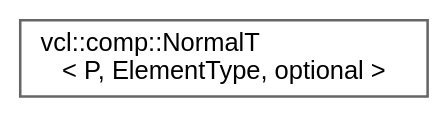
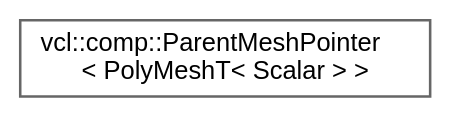
Before and after one commit to alemuntoni/alemuntoni.github.io: the diagram in static/vclib/inherit_graph_33.dot, drawn with Graphviz. The commit also changed 1482 other files, not shown here.

```diff
--- a/static/vclib/inherit_graph_33.dot
+++ b/static/vclib/inherit_graph_33.dot
@@ -1,9 +1,9 @@
 digraph "Graphical Class Hierarchy"
 {
  // LATEX_PDF_SIZE
   bgcolor="transparent";
   edge [fontname=Helvetica,fontsize=10,labelfontname=Helvetica,labelfontsize=10];
   node [fontname=Helvetica,fontsize=10,shape=box,height=0.2,width=0.4];
   rankdir="LR";
-  Node0 [label="vcl::comp::NormalT\l\< P, ElementType, optional \>",height=0.2,width=0.4,color="grey40", fillcolor="white", style="filled",URL="$classvcl_1_1comp_1_1NormalT.html",tooltip=" "];
+  Node0 [label="vcl::comp::ParentMeshPointer\l\< PolyMeshT\< Scalar \> \>",height=0.2,width=0.4,color="grey40", fillcolor="white", style="filled",URL="$classvcl_1_1comp_1_1ParentMeshPointer.html",tooltip=" "];
 }
```
